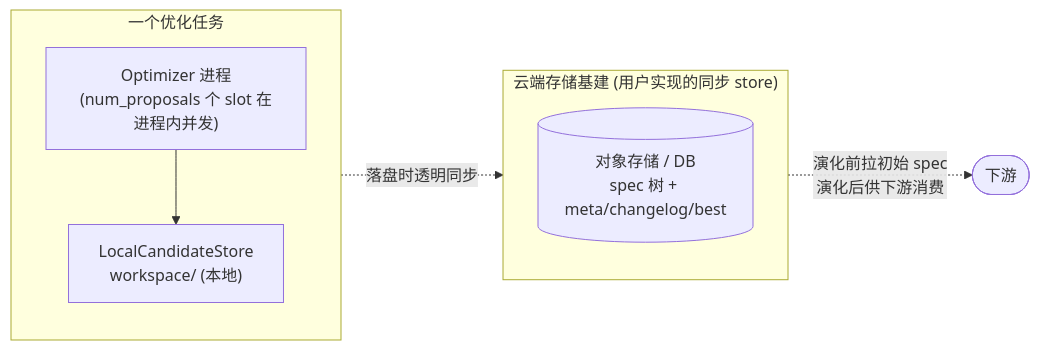
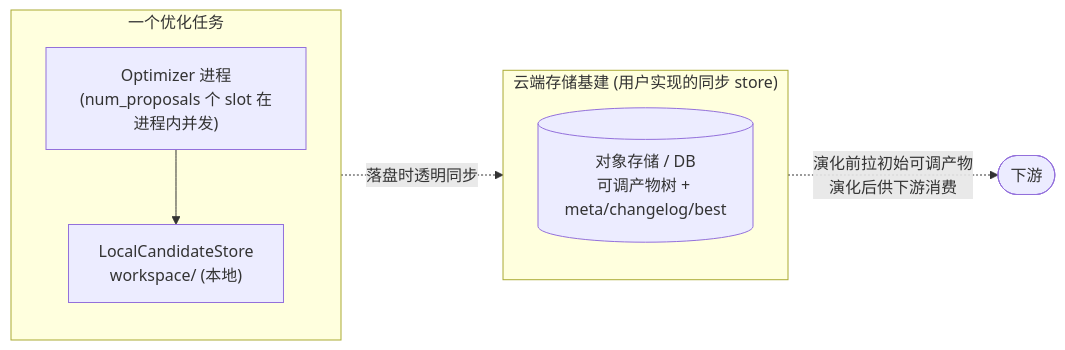
One commit to ant-research/AntOmniEvo changed the diagram in docs/extensibility.zh-CN.md. Above: the diagram before and after it, drawn with Mermaid. The commit also changed other lines of this file and 87 other files, not shown here.

````diff
--- a/docs/extensibility.zh-CN.md
+++ b/docs/extensibility.zh-CN.md
@@ -27,15 +27,15 @@
 ```mermaid
 flowchart LR
     subgraph Task ["一个优化任务"]
         direction TB
         OPT["Optimizer 进程<br/>(num_proposals 个 slot 在进程内并发)"]
         Local["LocalCandidateStore<br/>workspace/ (本地)"]
         OPT --> Local
     end
     subgraph Cloud ["云端存储基建 (用户实现的同步 store)"]
         direction TB
-        OBJ[("对象存储 / DB<br/>spec 树 + meta/changelog/best")]
+        OBJ[("对象存储 / DB<br/>可调产物树 + meta/changelog/best")]
     end
     Local -.落盘时透明同步.-> OBJ
-    OBJ -.演化前拉初始 spec<br/>演化后供下游消费.-> Downstream([下游])
+    OBJ -.演化前拉初始可调产物<br/>演化后供下游消费.-> Downstream([下游])
 ```
````
